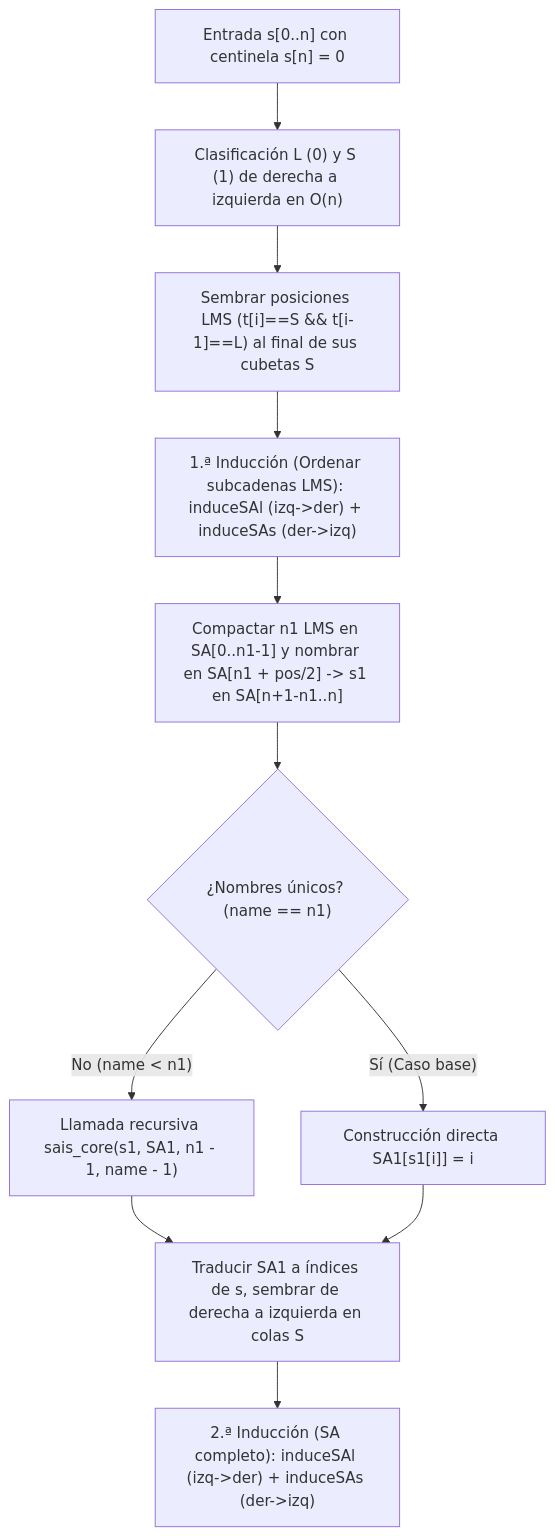
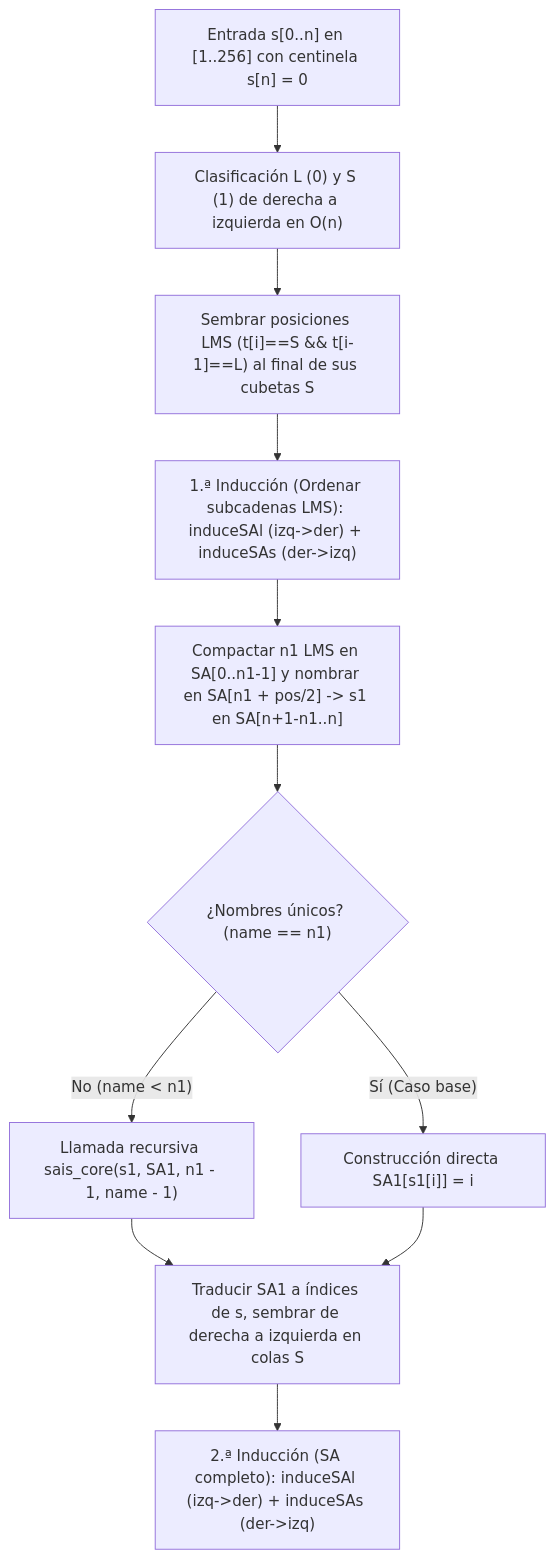
The second of 2 diagrams in docs/INFORME_TECNICO_FINAL.md (tamitooo/ProyectoEDA), drawn with Mermaid before and after one commit. The commit also changed other lines of this file and 20 other files, not shown here.

````diff
--- a/docs/INFORME_TECNICO_FINAL.md
+++ b/docs/INFORME_TECNICO_FINAL.md
@@ -68,13 +68,13 @@
 ```mermaid
 flowchart TD
-    A["Entrada s[0..n] con centinela s[n] = 0"] --> B["Clasificación L (0) y S (1) de derecha a izquierda en O(n)"]
+    A["Entrada s[0..n] en [1..256] con centinela s[n] = 0"] --> B["Clasificación L (0) y S (1) de derecha a izquierda en O(n)"]
     B --> C["Sembrar posiciones LMS (t[i]==S && t[i-1]==L) al final de sus cubetas S"]
     C --> D["1.ª Inducción (Ordenar subcadenas LMS): induceSAl (izq->der) + induceSAs (der->izq)"]
     D --> E["Compactar n1 LMS en SA[0..n1-1] y nombrar en SA[n1 + pos/2] -> s1 en SA[n+1-n1..n]"]
     E --> F{"¿Nombres únicos? (name == n1)"}
     F -- "No (name < n1)" --> G["Llamada recursiva sais_core(s1, SA1, n1 - 1, name - 1)"]
     F -- "Sí (Caso base)" --> H["Construcción directa SA1[s1[i]] = i"]
     G --> I["Traducir SA1 a índices de s, sembrar de derecha a izquierda en colas S"]
     H --> I
     I --> J["2.ª Inducción (SA completo): induceSAl (izq->der) + induceSAs (der->izq)"]
 ```
````
